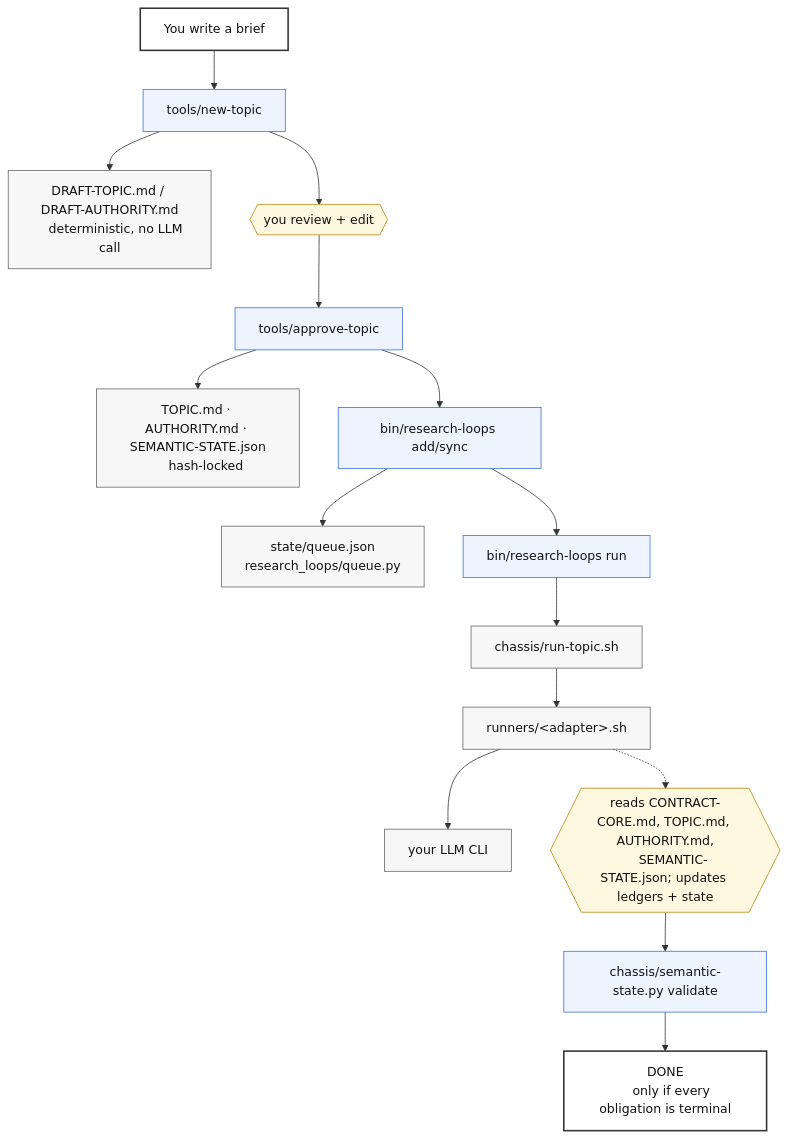
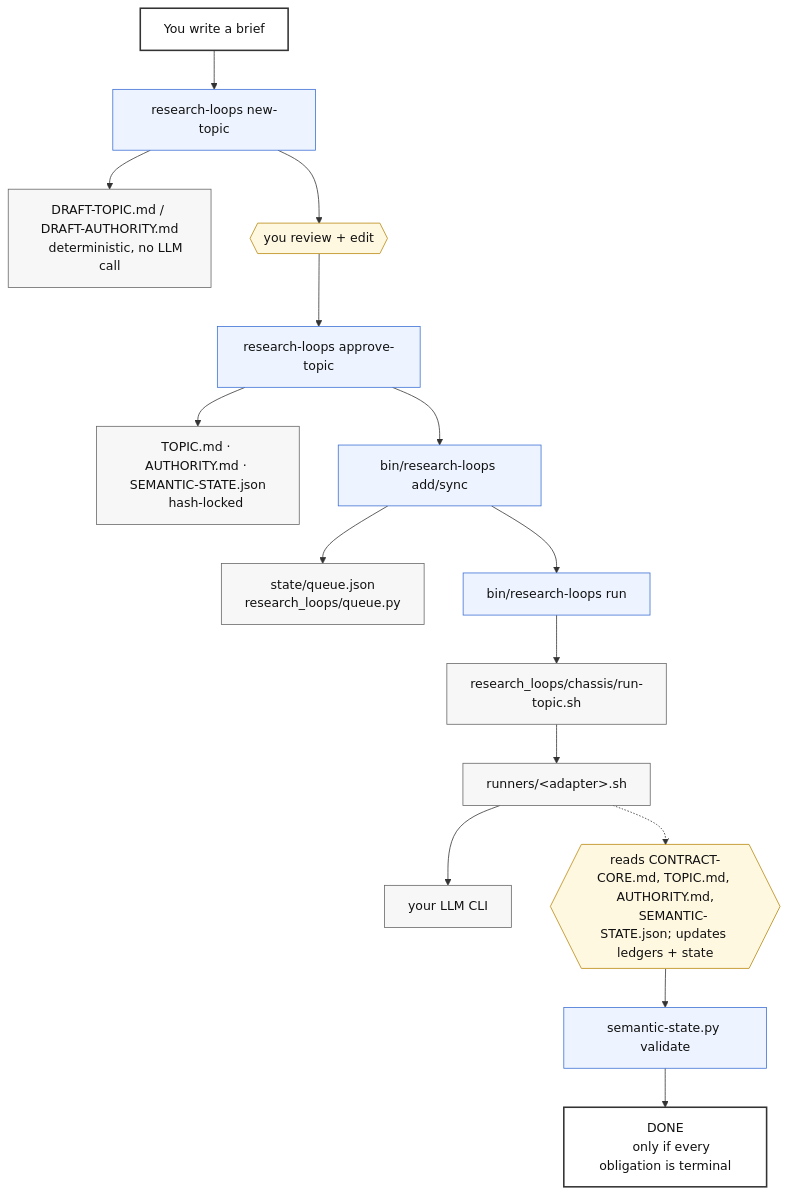
The diagram in README.md (trevorbyrum/autonomous-research-loops), drawn with Mermaid before and after one commit. The commit also changed other lines of this file and 37 other files, not shown here.

````diff
--- a/README.md
+++ b/README.md
@@ -62,38 +62,38 @@
 ```mermaid
 flowchart TD
-    A["You write a brief"] --> B["tools/new-topic"]
+    A["You write a brief"] --> B["research-loops new-topic"]
     B --> C["DRAFT-TOPIC.md / DRAFT-AUTHORITY.md
     deterministic, no LLM call"]
     B --> D{{"you review + edit"}}
-    D --> E["tools/approve-topic"]
+    D --> E["research-loops approve-topic"]
     E --> F["TOPIC.md · AUTHORITY.md · SEMANTIC-STATE.json
     hash-locked"]
     E --> G["bin/research-loops add/sync"]
     G --> H["state/queue.json
     research_loops/queue.py"]
     G --> I["bin/research-loops run"]
-    I --> J["chassis/run-topic.sh"]
+    I --> J["research_loops/chassis/run-topic.sh"]
     J --> K["runners/&lt;adapter&gt;.sh"]
     K --> L["your LLM CLI"]
     K -.-> M{{"reads CONTRACT-CORE.md, TOPIC.md, AUTHORITY.md,
     SEMANTIC-STATE.json; updates ledgers + state"}}
-    M --> N["chassis/semantic-state.py validate"]
+    M --> N["semantic-state.py validate"]
     N --> O["DONE
     only if every obligation is terminal"]
 
     style A fill:#fff,stroke:#333,stroke-width:2px,color:#111
     style O fill:#fff,stroke:#333,stroke-width:2px,color:#111
     style B fill:#eef4ff,stroke:#3b6fd4,color:#111
     style C fill:#f7f7f7,stroke:#666,color:#111
     style D fill:#fff8e1,stroke:#b8860b,color:#111
     style E fill:#eef4ff,stroke:#3b6fd4,color:#111
     style F fill:#f7f7f7,stroke:#666,color:#111
     style G fill:#eef4ff,stroke:#3b6fd4,color:#111
     style H fill:#f7f7f7,stroke:#666,color:#111
     style I fill:#eef4ff,stroke:#3b6fd4,color:#111
     style J fill:#f7f7f7,stroke:#666,color:#111
     style K fill:#f7f7f7,stroke:#666,color:#111
     style L fill:#f7f7f7,stroke:#666,color:#111
     style M fill:#fff8e1,stroke:#b8860b,color:#111
     style N fill:#eef4ff,stroke:#3b6fd4,color:#111
 ```
````
